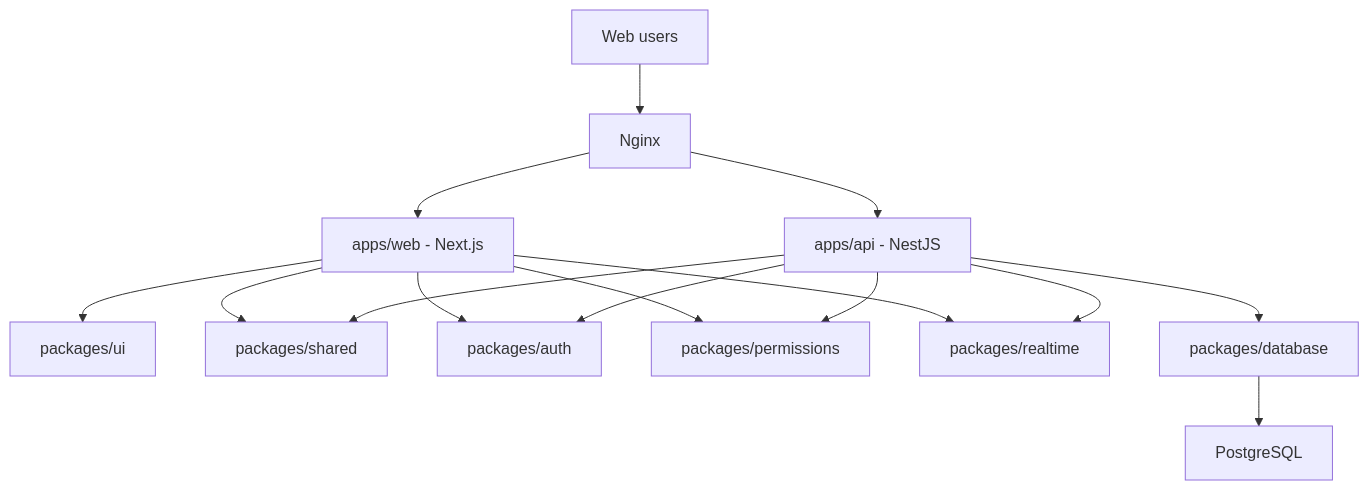
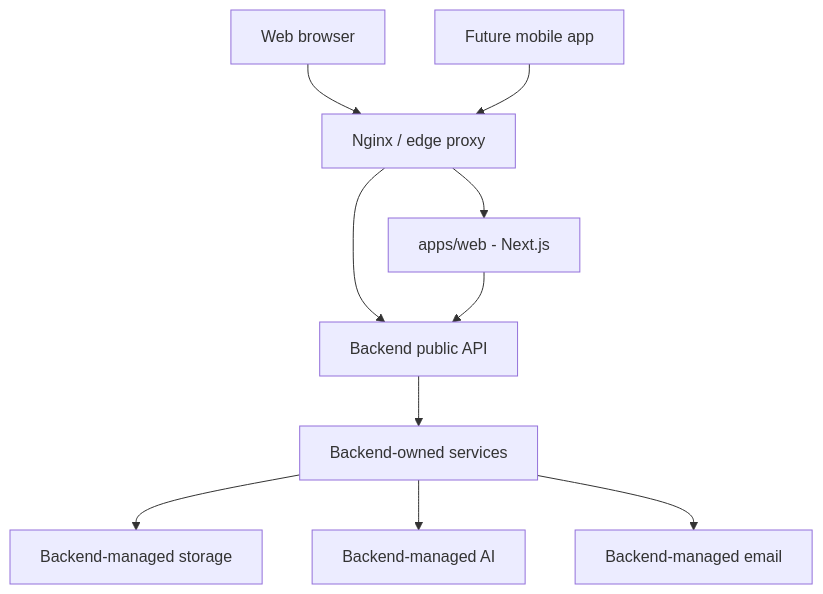
One commit to Aryan-Wanve/fylmico changed the first of 11 diagrams in docs/architecture.md. Above: the diagram before and after it, drawn with Mermaid. The commit also changed other lines of this file and 24 other files, not shown here.

````diff
--- a/docs/architecture.md
+++ b/docs/architecture.md
@@ -52,29 +62,22 @@
 ```mermaid
 flowchart TB
-  user["Web users"]
+  browser["Web browser"]
+  mobile["Future mobile app"]
+  nginx["Nginx / edge proxy"]
   web["apps/web - Next.js"]
-  api["apps/api - NestJS"]
-  db["PostgreSQL"]
-  nginx["Nginx"]
-  ui["packages/ui"]
-  shared["packages/shared"]
-  auth["packages/auth"]
-  permissions["packages/permissions"]
-  realtime["packages/realtime"]
-  database["packages/database"]
+  api["Backend public API"]
+  backend["Backend-owned services"]
+  storage["Backend-managed storage"]
+  ai["Backend-managed AI"]
+  email["Backend-managed email"]
 
-  user --> nginx
+  browser --> nginx
+  mobile --> nginx
   nginx --> web
   nginx --> api
-  web --> ui
-  web --> shared
-  web --> auth
-  web --> permissions
-  web --> realtime
-  api --> shared
-  api --> auth
-  api --> permissions
-  api --> realtime
-  api --> database
-  database --> db
+  web --> api
+  api --> backend
+  backend --> storage
+  backend --> ai
+  backend --> email
 ```
````
